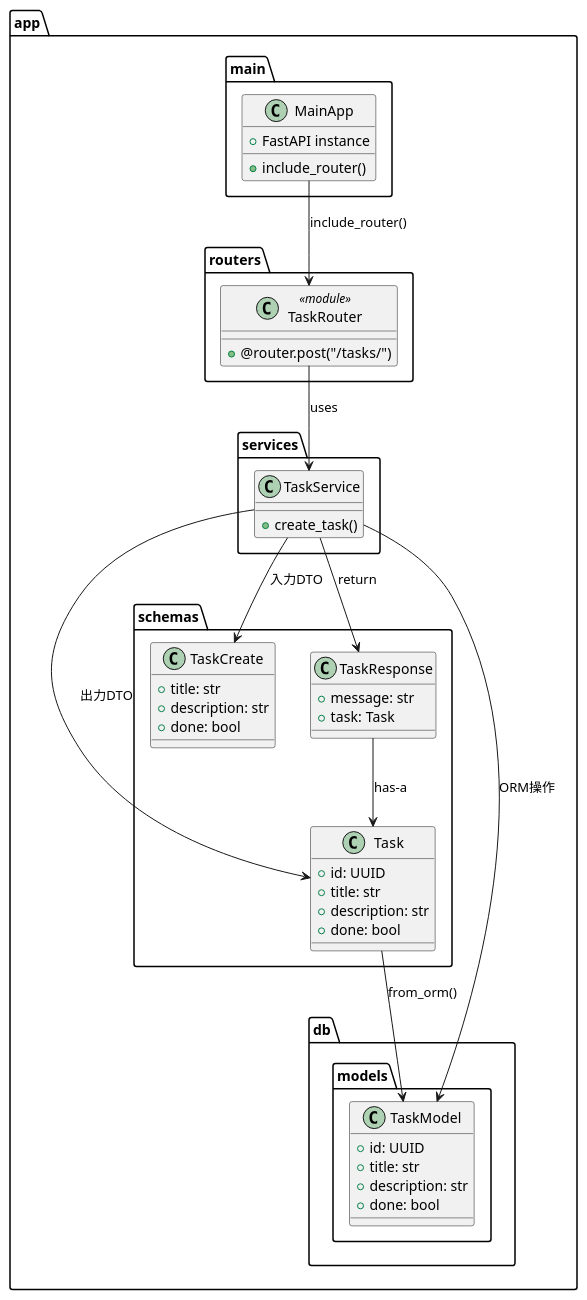
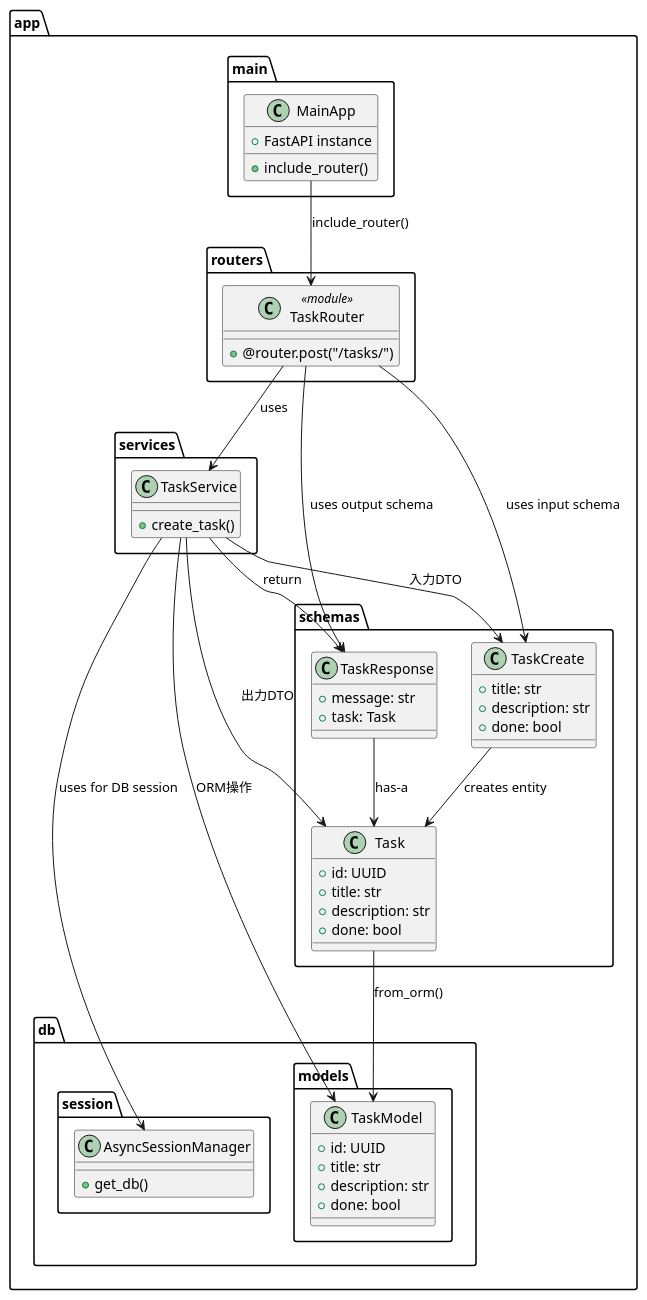
The diagram in docs/uml/class_task_service.puml (ShigeoYugawa/learning-task-tracker-fastapi-poc), drawn with PlantUML before and after one commit.

Commit message:
fix: plantuml dependency to avoid package duplication

```diff
--- a/docs/uml/class_task_service.puml
+++ b/docs/uml/class_task_service.puml
@@ -1,64 +1,76 @@
 @startuml
 
 package app {
 
   package main {
     class MainApp {
       +FastAPI instance
       +include_router()
     }
   }
 
   package routers {
     class TaskRouter <<module>> {
       +@router.post("/tasks/")
     }
   }
 
   package services {
     class TaskService {
       +create_task()
     }
   }
 
   package schemas {
     class TaskCreate {
       +title: str
       +description: str
       +done: bool
     }
 
     class Task {
       +id: UUID
       +title: str
       +description: str
       +done: bool
     }
 
     class TaskResponse {
       +message: str
       +task: Task
     }
   }
 
-  package db.models {
-    class TaskModel {
-      +id: UUID
-      +title: str
-      +description: str
-      +done: bool
+  package db {
+    package models {
+      class TaskModel {
+        +id: UUID
+        +title: str
+        +description: str
+        +done: bool
+      }
+    }
+
+    package session {
+      class AsyncSessionManager {
+        +get_db()
+      }
     }
   }
 }
 
-' 依存関係
+' 依存関係はクラス名だけを使う（パッケージ名は書かない）
 MainApp --> TaskRouter : include_router()
 TaskRouter --> TaskService : uses
+TaskRouter --> TaskCreate : uses input schema
+TaskRouter --> TaskResponse : uses output schema
+TaskService --> AsyncSessionManager : uses for DB session
 TaskService --> TaskModel : ORM操作
 TaskService --> TaskCreate : 入力DTO
 TaskService --> Task : 出力DTO
 TaskService --> TaskResponse : return
+TaskCreate --> Task : creates entity
 TaskResponse --> Task : has-a
 Task --> TaskModel : from_orm()
 
 @enduml
```
